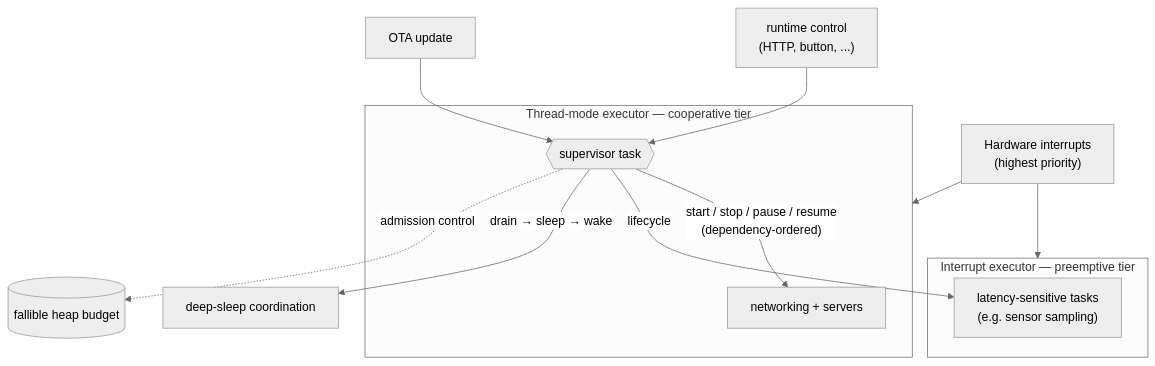
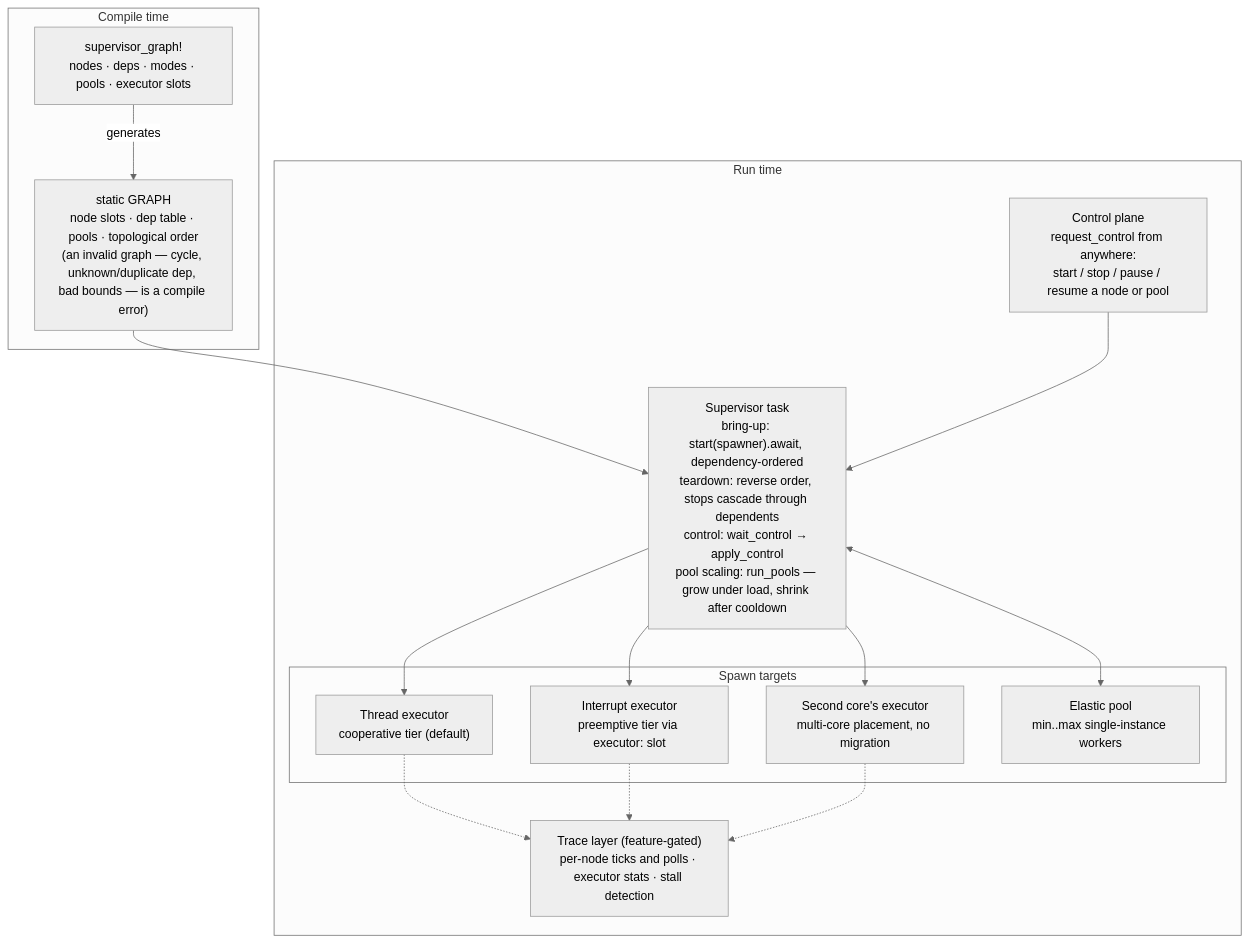
One commit to cedrivard/embassy-supervisor changed the diagram in README.md. Above: the diagram before and after it, drawn with Mermaid (neutral theme). The commit also changed other lines of this file and 46 other files, not shown here.

````diff
--- a/README.md
+++ b/README.md
@@ -69,23 +69,32 @@
 ```mermaid
-flowchart TB
-    HW["Hardware interrupts<br/>(highest priority)"]
-
-    subgraph IX["Interrupt executor — preemptive tier"]
-        SENSE["latency-sensitive tasks<br/>(e.g. sensor sampling)"]
+flowchart TD
+    subgraph CT["Compile time"]
+        DSL["supervisor_graph!<br/>nodes · deps · modes · pools · executor slots"]
+        GRAPH["static GRAPH<br/>node slots · dep table · pools · topological order<br/>(an invalid graph — cycle, unknown/duplicate dep, bad bounds — is a compile error)"]
+        DSL -- generates --> GRAPH
     end
 
-    subgraph TM["Thread-mode executor — cooperative tier"]
-        NET["networking + servers"]
-        SUP{{"supervisor task"}}
+    subgraph RT["Run time"]
+        SUP["Supervisor task<br/>bring-up: start(spawner).await, dependency-ordered<br/>teardown: reverse order, stops cascade through dependents<br/>control: wait_control → apply_control<br/>pool scaling: run_pools — grow under load, shrink after cooldown"]
+
+        subgraph EXEC["Spawn targets"]
+            T0["Thread executor<br/>cooperative tier (default)"]
+            IE["Interrupt executor<br/>preemptive tier via executor: slot"]
+            C1["Second core's executor<br/>multi-core placement, no migration"]
+            POOL["Elastic pool<br/>min..max single-instance workers"]
+        end
+
+        CTRL["Control plane<br/>request_control from anywhere:<br/>start / stop / pause / resume a node or pool"]
+        TRACE["Trace layer (feature-gated)<br/>per-node ticks and polls · executor stats · stall detection"]
     end
 
-    HW --> IX
-    HW --> TM
-
-    CTRL["runtime control<br/>(HTTP, button, ...)"] --> SUP
-    OTA["OTA update"] --> SUP
-    SUP -->|"start / stop / pause / resume<br/>(dependency-ordered)"| NET
-    SUP -->|"lifecycle"| SENSE
-    SUP -->|"drain → sleep → wake"| SLEEP["deep-sleep coordination"]
-    SUP -.->|"admission control"| HEAP[("fallible heap budget")]
+    GRAPH --> SUP
+    SUP --> T0
+    SUP --> IE
+    SUP --> C1
+    SUP <--> POOL
+    CTRL --> SUP
+    T0 -.-> TRACE
+    IE -.-> TRACE
+    C1 -.-> TRACE
 ```
````
